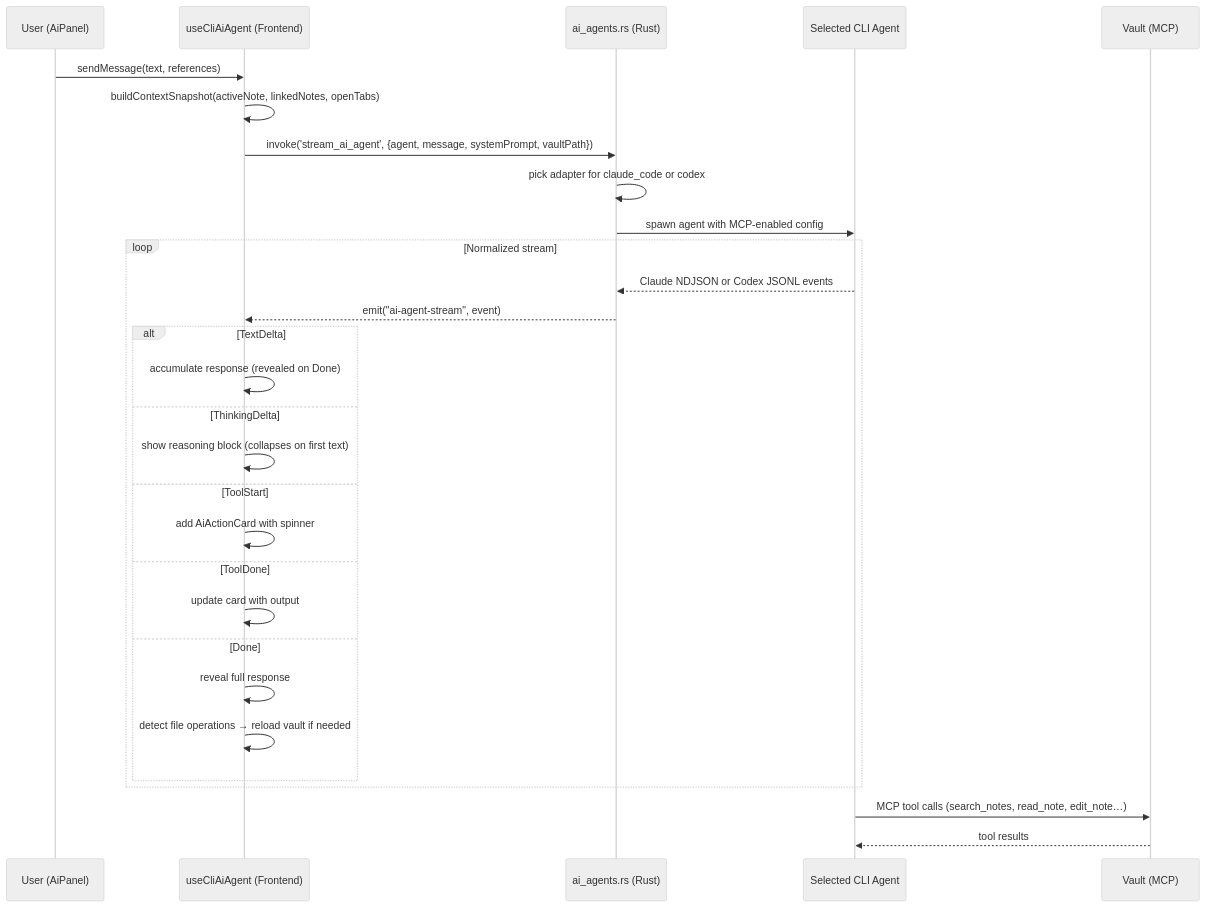
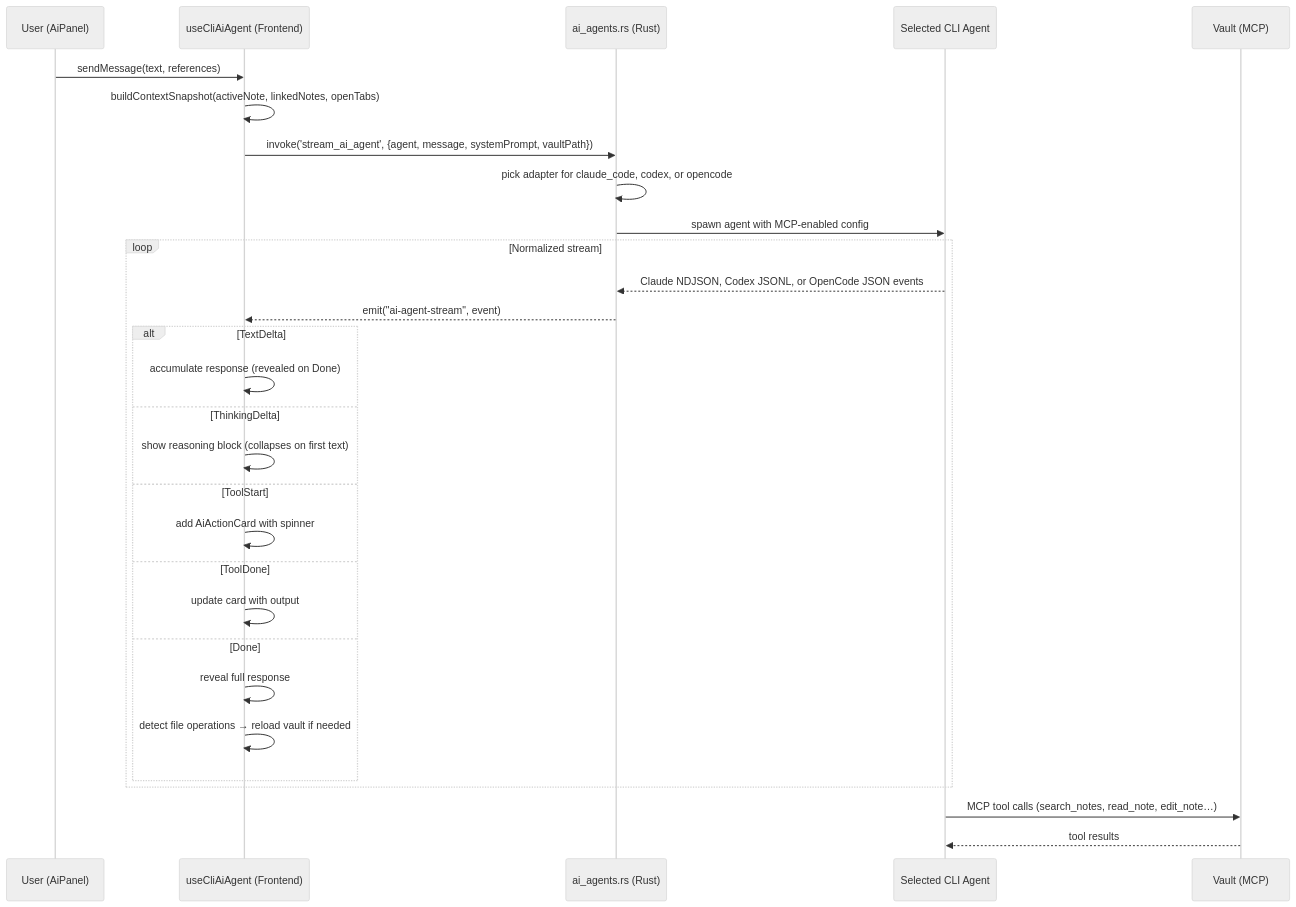
Before and after one commit to aimeritething/Fuwa: the third of 10 diagrams in docs/ARCHITECTURE.md, drawn with Mermaid (neutral theme). The commit also changed other lines of this file and 23 other files, not shown here.

````diff
--- a/docs/ARCHITECTURE.md
+++ b/docs/ARCHITECTURE.md
@@ -234,34 +234,34 @@
 ```mermaid
 sequenceDiagram
     participant U as User (AiPanel)
     participant FE as useCliAiAgent (Frontend)
     participant R as ai_agents.rs (Rust)
     participant C as Selected CLI Agent
     participant V as Vault (MCP)
 
     U->>FE: sendMessage(text, references)
     FE->>FE: buildContextSnapshot(activeNote, linkedNotes, openTabs)
     FE->>R: invoke('stream_ai_agent', {agent, message, systemPrompt, vaultPath})
-    R->>R: pick adapter for claude_code or codex
+    R->>R: pick adapter for claude_code, codex, or opencode
     R->>C: spawn agent with MCP-enabled config
 
     loop Normalized stream
-        C-->>R: Claude NDJSON or Codex JSONL events
+        C-->>R: Claude NDJSON, Codex JSONL, or OpenCode JSON events
         R-->>FE: emit("ai-agent-stream", event)
         alt TextDelta
             FE->>FE: accumulate response (revealed on Done)
         else ThinkingDelta
             FE->>FE: show reasoning block (collapses on first text)
         else ToolStart
             FE->>FE: add AiActionCard with spinner
         else ToolDone
             FE->>FE: update card with output
         else Done
             FE->>FE: reveal full response
             FE->>FE: detect file operations → reload vault if needed
         end
     end
 
     C->>V: MCP tool calls (search_notes, read_note, edit_note…)
     V-->>C: tool results
 ```
````
